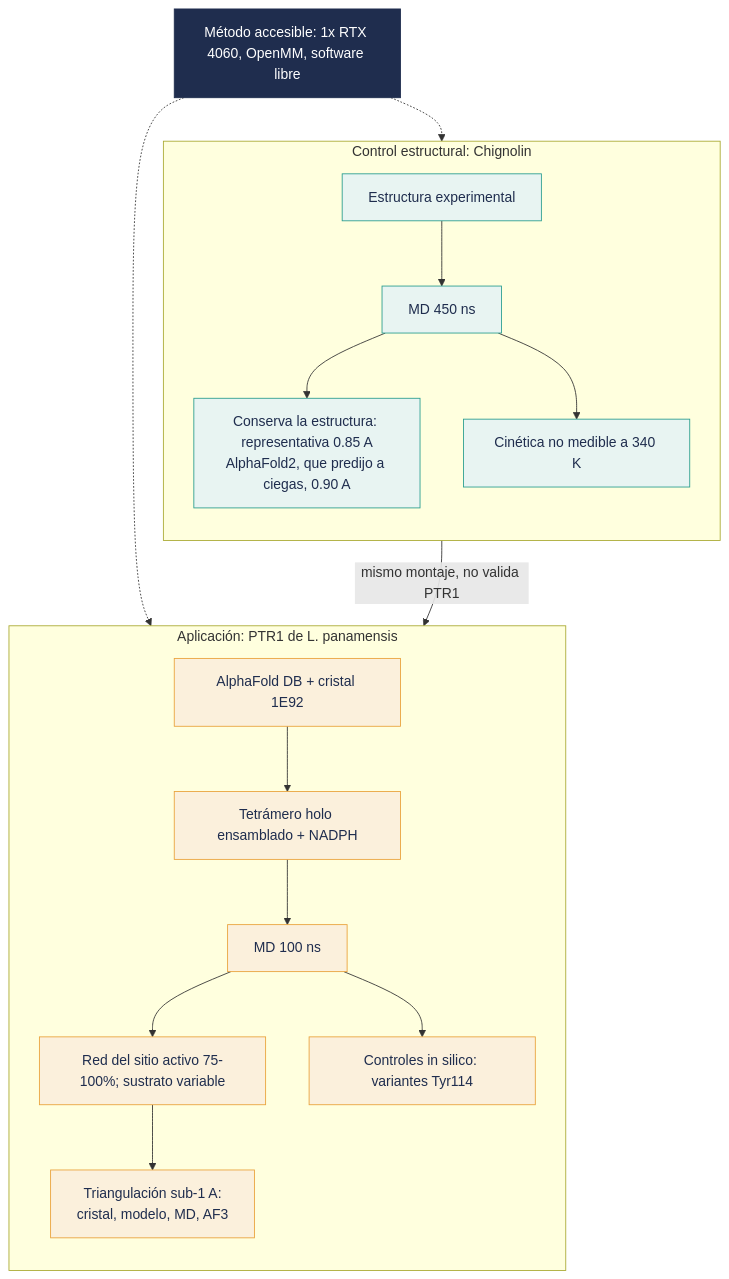
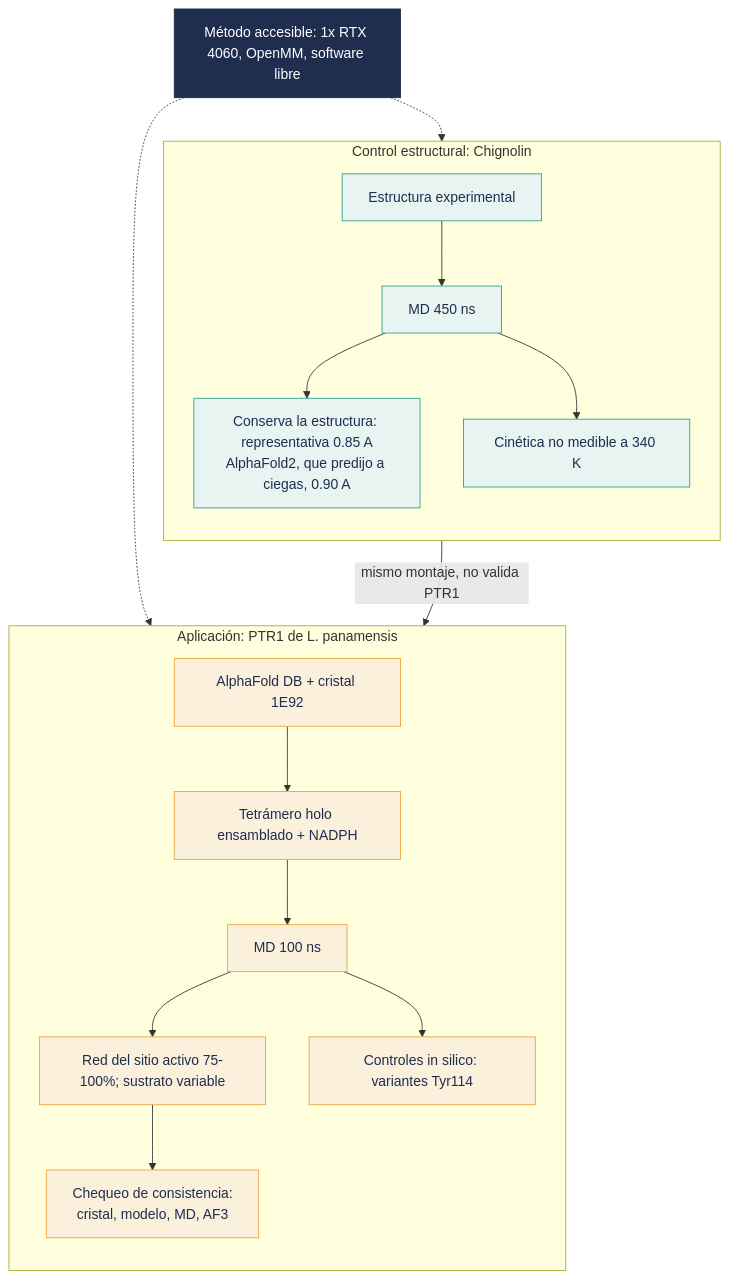
The diagram in README.md (cpu-16/ptr1-leishmania-md-gpu), drawn with Mermaid before and after one commit. The commit also changed other lines of this file and 2 other files, not shown here.

````diff
--- a/README.md
+++ b/README.md
@@ -59,31 +59,31 @@
 ```mermaid
 flowchart TB
     MET["Método accesible: 1x RTX 4060, OpenMM, software libre"]
 
     subgraph CAL["Control estructural: Chignolin"]
         direction TB
         C1["Estructura experimental"] --> C2["MD 450 ns"]
         C2 --> C3["Conserva la estructura: representativa 0.85 A<br/>AlphaFold2, que predijo a ciegas, 0.90 A"]
         C2 --> C4["Cinética no medible a 340 K"]
     end
 
     subgraph APP["Aplicación: PTR1 de L. panamensis"]
         direction TB
         P1["AlphaFold DB + cristal 1E92"] --> P2["Tetrámero holo ensamblado + NADPH"]
         P2 --> P3["MD 100 ns"]
         P3 --> P4["Red del sitio activo 75-100%; sustrato variable"]
         P3 --> P5["Controles in silico: variantes Tyr114"]
-        P4 --> P6["Triangulación sub-1 A:<br/>cristal, modelo, MD, AF3"]
+        P4 --> P6["Chequeo de consistencia:<br/>cristal, modelo, MD, AF3"]
     end
 
     MET -.-> CAL
     MET -.-> APP
     CAL -->|mismo montaje, no valida PTR1| APP
 
     classDef cal fill:#E8F4F2,stroke:#2A9D8F,color:#1F2D4E;
     classDef app fill:#FBF0DC,stroke:#E9A23B,color:#1F2D4E;
     classDef met fill:#1F2D4E,stroke:#1F2D4E,color:#FFFFFF;
     class C1,C2,C3,C4 cal;
     class P1,P2,P3,P4,P5,P6 app;
     class MET met;
 ```
````
